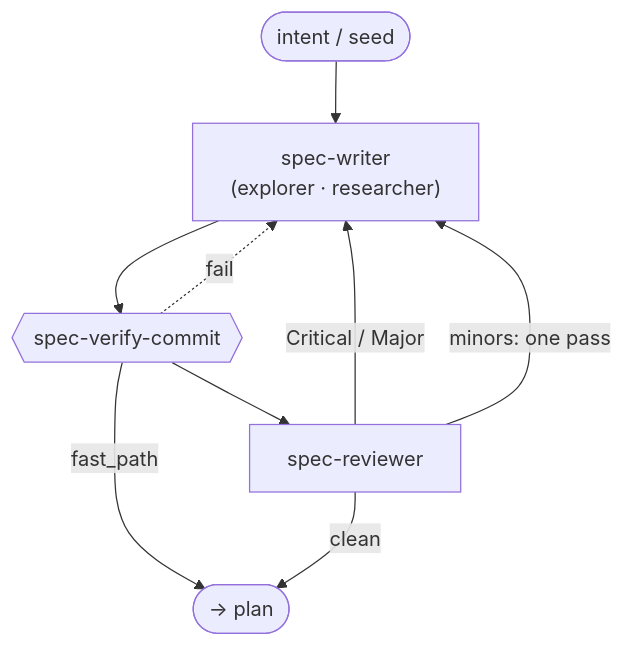
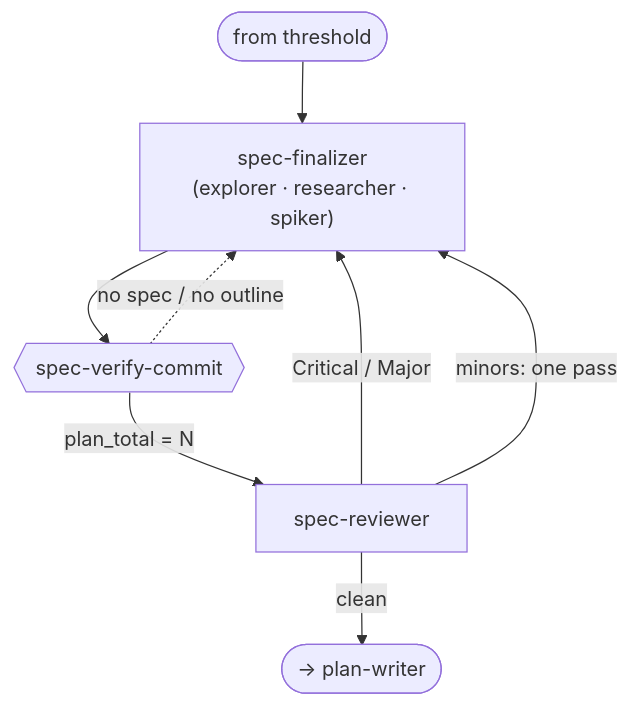
Before and after one commit to jpoimboe/imp: the ninth of 13 diagrams in docs/internals/architecture.md, drawn with Mermaid. The commit also changed other lines of this file and 1 other file, not shown here.

First line of the commit message:
docs(architecture): rewrite the threshold, spec, and plan phase sections

````diff
--- a/docs/internals/architecture.md
+++ b/docs/internals/architecture.md
@@ -173,11 +194,10 @@
 ```mermaid
 flowchart TD
-  in([intent / seed]) --> SW["spec-writer<br/>(explorer · researcher)"]
-  SW --> SVC{{"spec-verify-commit"}}
-  SVC -. fail .-> SW
-  SVC -->|fast_path| out([→ plan])
-  SVC --> SR["spec-reviewer"]
-  SR -->|"Critical / Major"| SW
-  SR -->|"minors: one pass"| SW
-  SR -->|clean| out
+  in([from threshold]) --> SF["spec-finalizer<br/>(explorer · researcher · spiker)"]
+  SF --> SVC{{"spec-verify-commit"}}
+  SVC -. "no spec / no outline" .-> SF
+  SVC -->|"plan_total = N"| SR["spec-reviewer"]
+  SR -->|"Critical / Major"| SF
+  SR -->|"minors: one pass"| SF
+  SR -->|clean| out([→ plan-writer])
 ```
````
